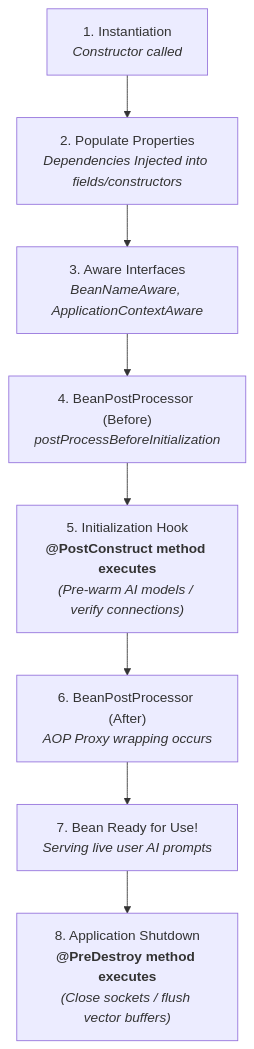
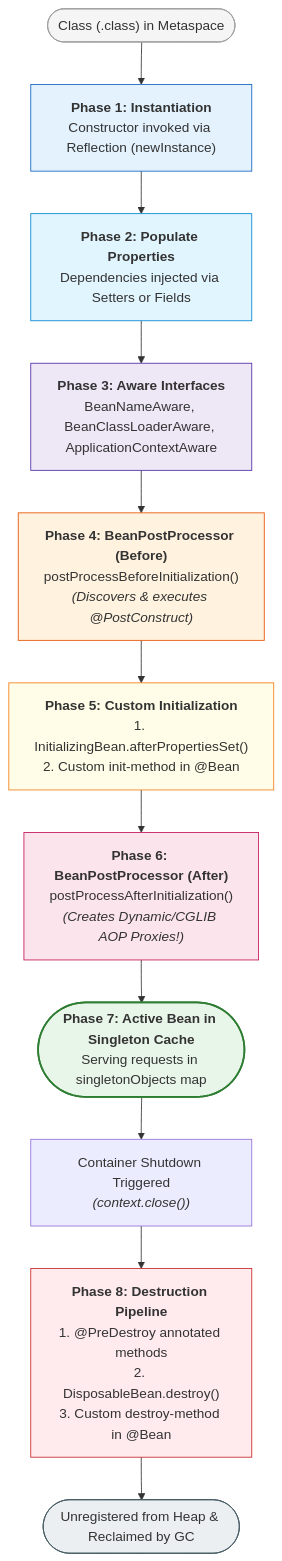
The fourth of 6 diagrams in Phase_02_Spring_Core_and_DI/Day_10_Spring_IoC_Container_Bean_Lifecycle/Day_10_Spring_IoC_Container_Bean_Lifecycle.md (SrinuRenangi/Gen-AI-Java), drawn with Mermaid before and after one commit. The commit also changed other lines of this file and 1 other file, not shown here.

Commit message:
docs(day10): complete masterclass guide on IoC container, bean lifecycle, and 3-level cache in memory

````diff
--- a/Phase_02_Spring_Core_and_DI/Day_10_Spring_IoC_Container_Bean_Lifecycle/Day_10_Spring_IoC_Container_Bean_Lifecycle.md
+++ b/Phase_02_Spring_Core_and_DI/Day_10_Spring_IoC_Container_Bean_Lifecycle/Day_10_Spring_IoC_Container_Bean_Lifecycle.md
@@ -67,10 +208,24 @@
 ```mermaid
 flowchart TD
-    A["1. Instantiation<br><i>Constructor called</i>"] --> B["2. Populate Properties<br><i>Dependencies Injected into fields/constructors</i>"]
-    B --> C["3. Aware Interfaces<br><i>BeanNameAware, ApplicationContextAware</i>"]
-    C --> D["4. BeanPostProcessor (Before)<br><i>postProcessBeforeInitialization</i>"]
-    D --> E["5. Initialization Hook<br><b>@PostConstruct method executes</b><br><i>(Pre-warm AI models / verify connections)</i>"]
-    E --> F["6. BeanPostProcessor (After)<br><i>AOP Proxy wrapping occurs</i>"]
-    F --> G["7. Bean Ready for Use!<br><i>Serving live user AI prompts</i>"]
-    G --> H["8. Application Shutdown<br><b>@PreDestroy method executes</b><br><i>(Close sockets / flush vector buffers)</i>"]
+    Start(["Class (.class) in Metaspace"]) --> Phase1["<b>Phase 1: Instantiation</b><br>Constructor invoked via Reflection (newInstance)"]
+    Phase1 --> Phase2["<b>Phase 2: Populate Properties</b><br>Dependencies injected via Setters or Fields"]
+    Phase2 --> Phase3["<b>Phase 3: Aware Interfaces</b><br>BeanNameAware, BeanClassLoaderAware, ApplicationContextAware"]
+    Phase3 --> Phase4["<b>Phase 4: BeanPostProcessor (Before)</b><br>postProcessBeforeInitialization()<br><i>(Discovers &amp; executes @PostConstruct)</i>"]
+    Phase4 --> Phase5["<b>Phase 5: Custom Initialization</b><br>1. InitializingBean.afterPropertiesSet()<br>2. Custom init-method in @Bean"]
+    Phase5 --> Phase6["<b>Phase 6: BeanPostProcessor (After)</b><br>postProcessAfterInitialization()<br><i>(Creates Dynamic/CGLIB AOP Proxies!)</i>"]
+    Phase6 --> Ready(["<b>Phase 7: Active Bean in Singleton Cache</b><br>Serving requests in singletonObjects map"])
+    Ready --> Shutdown["Container Shutdown Triggered<br><i>(context.close())</i>"]
+    Shutdown --> Phase8["<b>Phase 8: Destruction Pipeline</b><br>1. @PreDestroy annotated methods<br>2. DisposableBean.destroy()<br>3. Custom destroy-method in @Bean"]
+    Phase8 --> End(["Unregistered from Heap &amp; Reclaimed by GC"])
+
+    style Start fill:#f5f5f5,stroke:#9e9e9e
+    style Phase1 fill:#e3f2fd,stroke:#1565c0
+    style Phase2 fill:#e1f5fe,stroke:#0288d1
+    style Phase3 fill:#ede7f6,stroke:#512da8
+    style Phase4 fill:#fff3e0,stroke:#e65100
+    style Phase5 fill:#fffde7,stroke:#f57f17
+    style Phase6 fill:#fce4ec,stroke:#c2185b
+    style Ready fill:#e8f5e9,stroke:#2e7d32,stroke-width:2px
+    style Phase8 fill:#ffebee,stroke:#c62828
+    style End fill:#eceff1,stroke:#455a64
 ```
````
